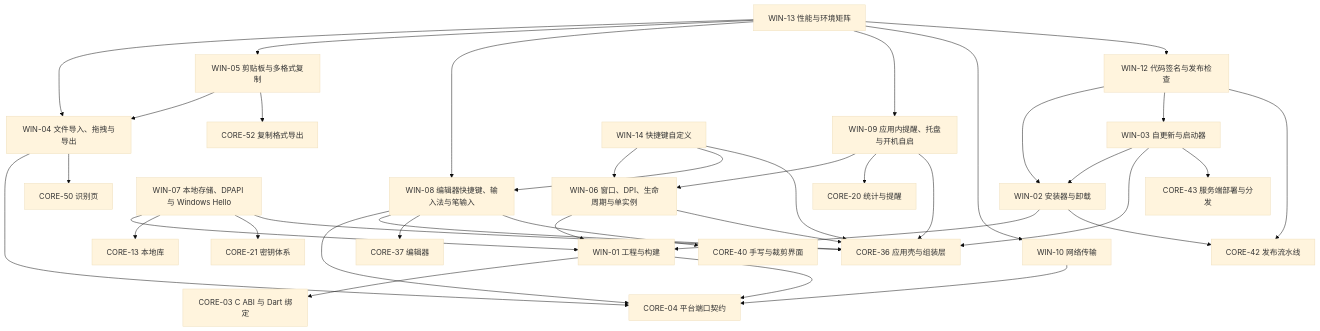
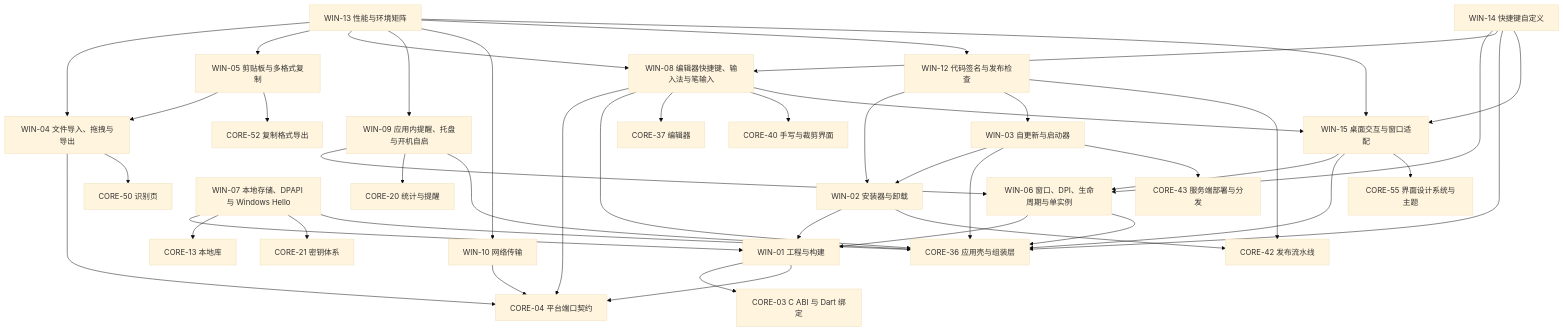
Before and after one commit to VividVeneto/BubeiGongshi: the diagram in SADD/03-Windows端-v5.md, drawn with Mermaid (base theme). The commit also changed other lines of this file and 5 other files, not shown here.

````diff
--- a/SADD/03-Windows端-v5.md
+++ b/SADD/03-Windows端-v5.md
@@ -23,65 +24,73 @@
 ```mermaid
 graph TD
   W01["WIN-01 工程与构建"]
   W02["WIN-02 安装器与卸载"]
   W03["WIN-03 自更新与启动器"]
   W04["WIN-04 文件导入、拖拽与导出"]
   W05["WIN-05 剪贴板与多格式复制"]
   W06["WIN-06 窗口、DPI、生命周期与单实例"]
   W07["WIN-07 本地存储、DPAPI 与 Windows Hello"]
   W08["WIN-08 编辑器快捷键、输入法与笔输入"]
   W09["WIN-09 应用内提醒、托盘与开机自启"]
   W10["WIN-10 网络传输"]
   W12["WIN-12 代码签名与发布检查"]
   W13["WIN-13 性能与环境矩阵"]
   W14["WIN-14 快捷键自定义"]
+  W15["WIN-15 桌面交互与窗口适配"]
   C03["CORE-03 C ABI 与 Dart 绑定"]
   C04["CORE-04 平台端口契约"]
   C13["CORE-13 本地库"]
   C20["CORE-20 统计与提醒"]
   C21["CORE-21 密钥体系"]
   C36["CORE-36 应用壳与组装层"]
   C37["CORE-37 编辑器"]
   C52["CORE-52 复制格式导出"]
   C40["CORE-40 手写与裁剪界面"]
   C42["CORE-42 发布流水线"]
   C43["CORE-43 服务端部署与分发"]
   C50["CORE-50 识别页"]
+  C55["CORE-55 界面设计系统与主题"]
   W01 --> C03
   W01 --> C04
   W02 --> W01
   W02 --> C42
   W03 --> W02
   W03 --> C36
   W03 --> C43
   W04 --> C04
   W04 --> C50
   W05 --> W04
   W05 --> C52
   W06 --> W01
   W06 --> C36
   W07 --> W01
   W07 --> C13
   W07 --> C21
   W07 --> C36
   W08 --> C04
   W08 --> C36
   W08 --> C37
   W08 --> C40
+  W08 --> W15
   W09 --> W06
   W09 --> C20
   W09 --> C36
   W10 --> C04
   W12 --> W02
   W12 --> W03
   W12 --> C42
   W13 --> W04
   W13 --> W05
   W13 --> W08
   W13 --> W09
   W13 --> W10
   W13 --> W12
+  W13 --> W15
   W14 --> W06
   W14 --> W08
   W14 --> C36
+  W14 --> W15
+  W15 --> W06
+  W15 --> C36
+  W15 --> C55
 ```
````
